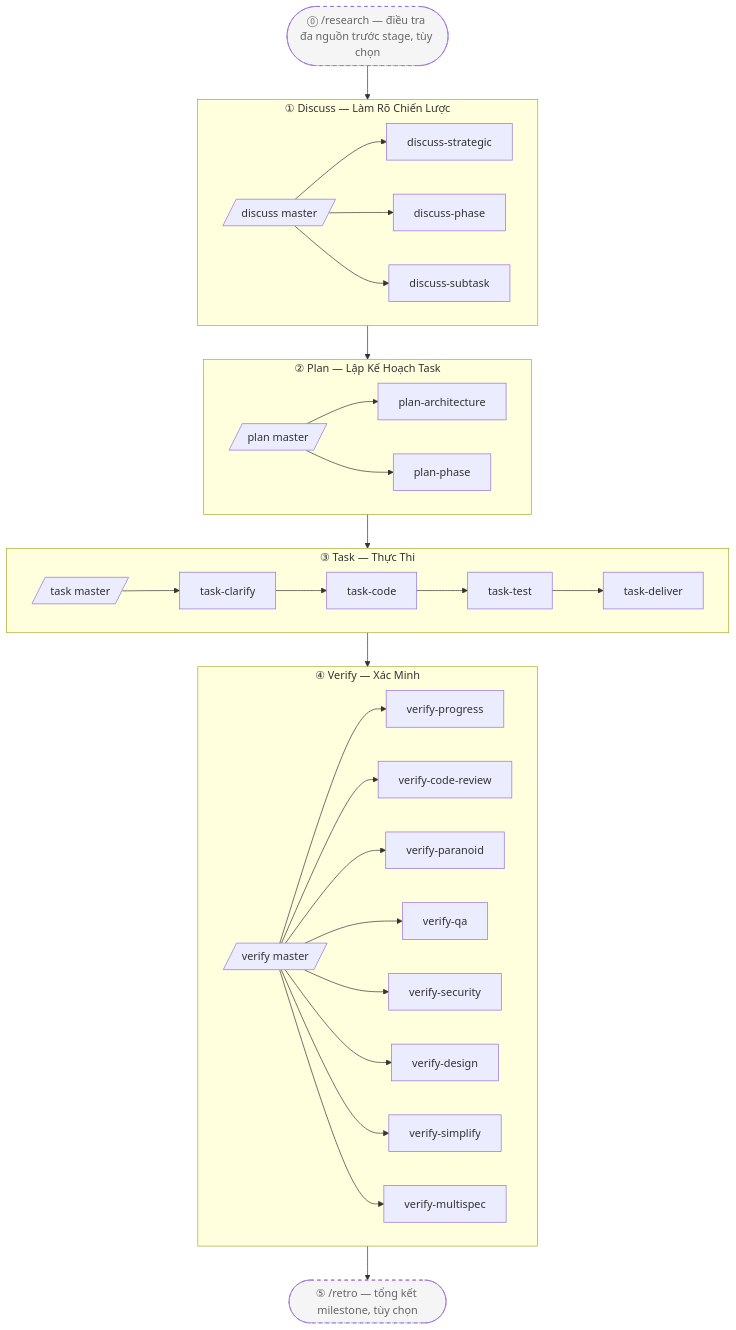
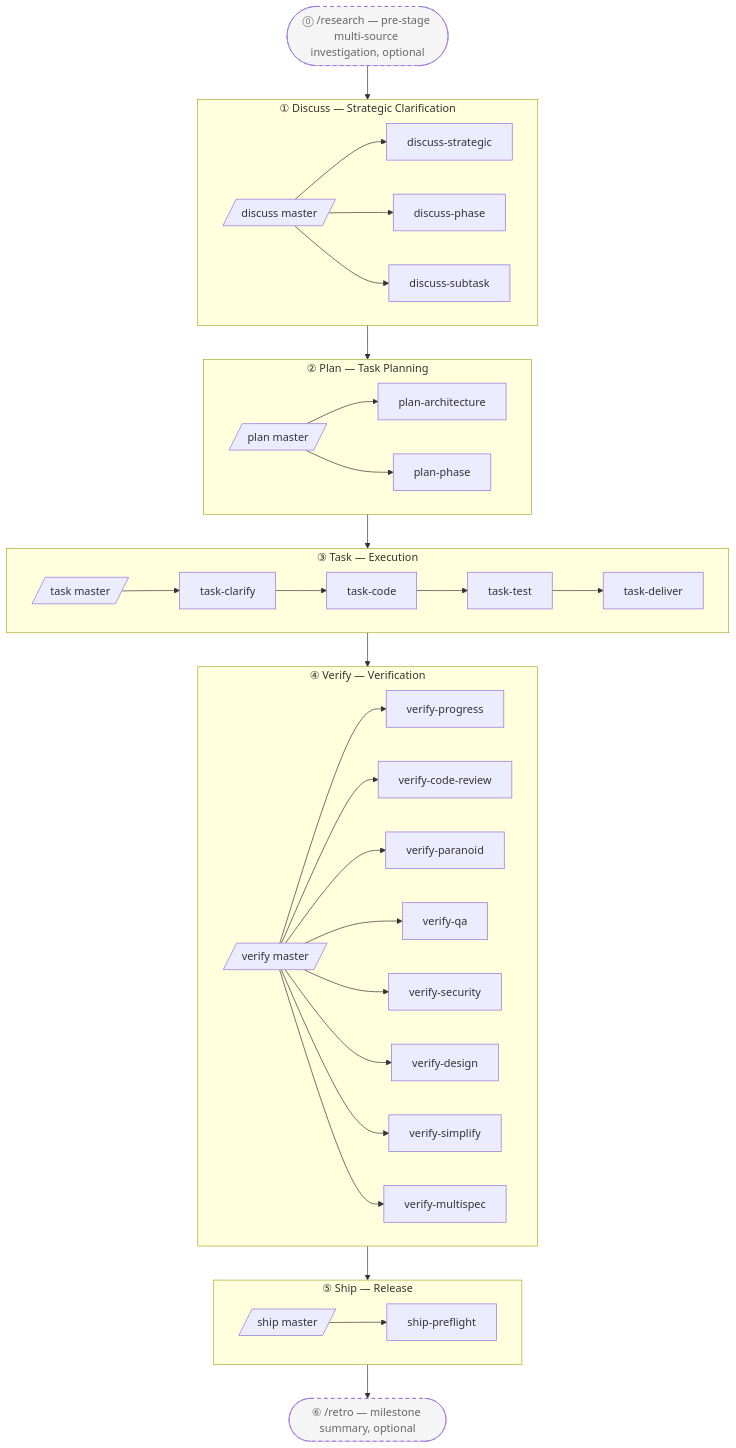
One commit to easyinplay/harnessed changed the second of 2 diagrams in README-vi.md. Above: the diagram before and after it, drawn with Mermaid. The commit also changed other lines of this file and 9 other files, not shown here.

````diff
--- a/README-vi.md
+++ b/README-vi.md
@@ -111,42 +192,47 @@
 ```mermaid
 graph TD
-  RS([⓪ /research — điều tra đa nguồn trước stage, tùy chọn]):::optional
-  subgraph Discuss[① Discuss — Làm Rõ Chiến Lược]
+  RS([⓪ /research — pre-stage multi-source investigation, optional]):::optional
+  subgraph Discuss[① Discuss — Strategic Clarification]
     DM[/discuss master/]
     DS[discuss-strategic]
     DP[discuss-phase]
     DT[discuss-subtask]
     DM --> DS & DP & DT
   end
-  subgraph Plan[② Plan — Lập Kế Hoạch Task]
+  subgraph Plan[② Plan — Task Planning]
     PM[/plan master/]
     PA[plan-architecture]
     PP[plan-phase]
     PM --> PA & PP
   end
-  subgraph Task[③ Task — Thực Thi]
+  subgraph Task[③ Task — Execution]
     TM[/task master/]
     TC[task-clarify]
     TCo[task-code]
     TT[task-test]
     TD[task-deliver]
     TM --> TC --> TCo --> TT --> TD
   end
-  subgraph Verify[④ Verify — Xác Minh]
+  subgraph Verify[④ Verify — Verification]
     VMs[/verify master/]
     VP[verify-progress]
     VC[verify-code-review]
     VPa[verify-paranoid]
     VQ[verify-qa]
     VS[verify-security]
     VD[verify-design]
     VSi[verify-simplify]
     VM[verify-multispec]
     VMs --> VP & VC & VPa & VQ & VS & VD & VSi & VM
   end
-  RT([⑤ /retro — tổng kết milestone, tùy chọn]):::optional
+  subgraph Ship[⑤ Ship — Release]
+    SMs[/ship master/]
+    SP[ship-preflight]
+    SMs --> SP
+  end
+  RT([⑥ /retro — milestone summary, optional]):::optional
   RS --> Discuss
-  Discuss --> Plan --> Task --> Verify
-  Verify --> RT
+  Discuss --> Plan --> Task --> Verify --> Ship
+  Ship --> RT
   classDef optional stroke-dasharray:5 5,fill:#f5f5f5,color:#666
 ```
````
